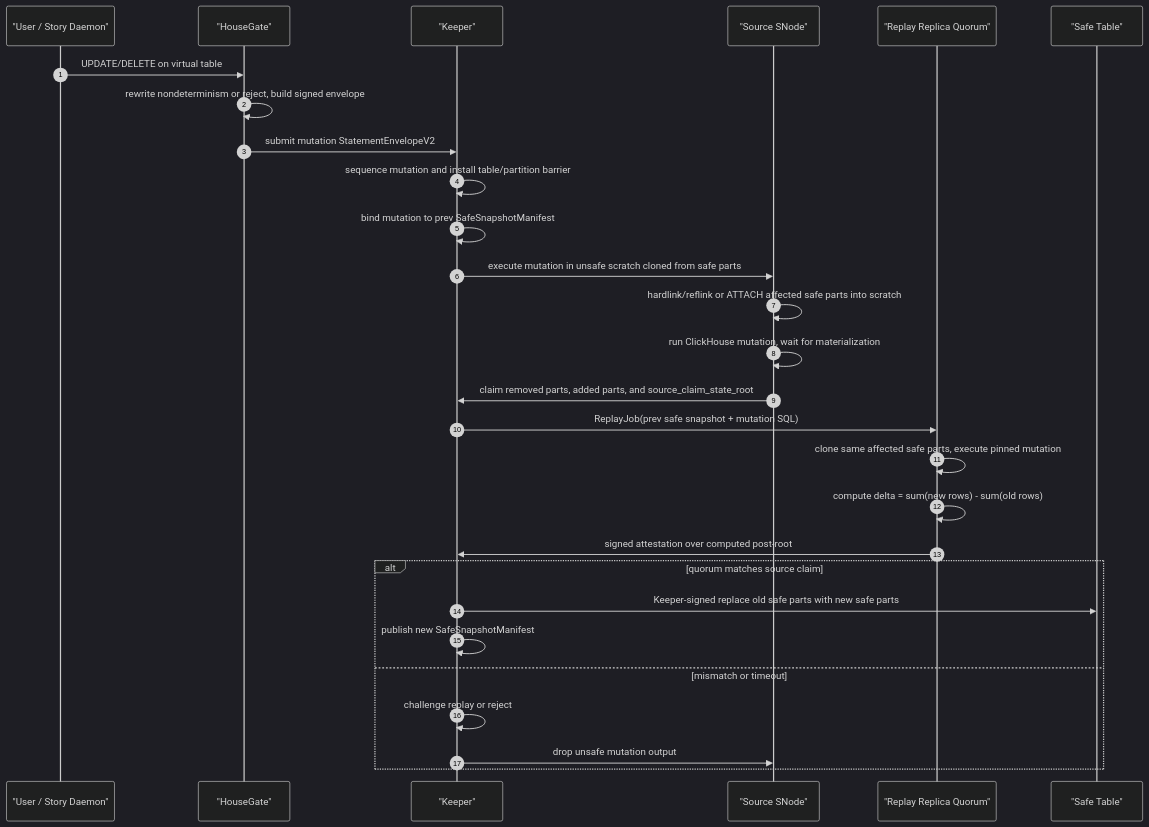
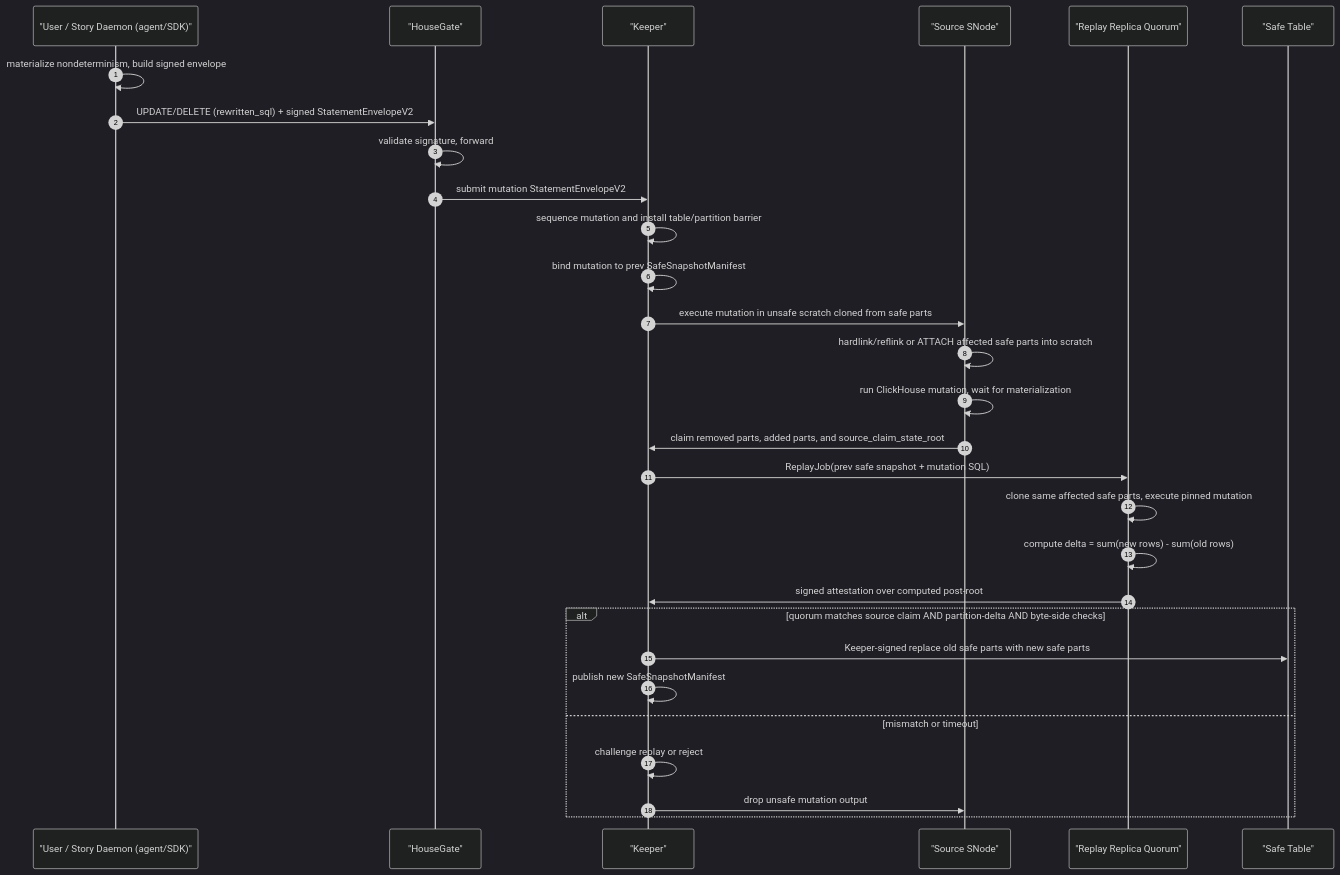
One commit to housegate/housegate changed the second of 3 diagrams in docs/superpowers/specs/2026-06-22-storage-integrity-design.md. Above: the diagram before and after it, drawn with Mermaid (dark theme). The commit also changed other lines of this file and 1 other file, not shown here.

First line of the commit message:
docs(specs): harden storage integrity design — promotion check, promote flow, rewrite split

````diff
--- a/docs/superpowers/specs/2026-06-22-storage-integrity-design.md
+++ b/docs/superpowers/specs/2026-06-22-storage-integrity-design.md
@@ -400,31 +477,32 @@
 ```mermaid
 sequenceDiagram
     autonumber
-    participant U as "User / Story Daemon"
+    participant U as "User / Story Daemon (agent/SDK)"
     participant HG as "HouseGate"
     participant K as "Keeper"
     participant S as "Source SNode"
     participant R as "Replay Replica Quorum"
     participant Safe as "Safe Table"
 
-    U->>HG: UPDATE/DELETE on virtual table
-    HG->>HG: rewrite nondeterminism or reject, build signed envelope
+    U->>U: materialize nondeterminism, build signed envelope
+    U->>HG: UPDATE/DELETE (rewritten_sql) + signed StatementEnvelopeV2
+    HG->>HG: validate signature, forward
     HG->>K: submit mutation StatementEnvelopeV2
     K->>K: sequence mutation and install table/partition barrier
     K->>K: bind mutation to prev SafeSnapshotManifest
     K->>S: execute mutation in unsafe scratch cloned from safe parts
     S->>S: hardlink/reflink or ATTACH affected safe parts into scratch
     S->>S: run ClickHouse mutation, wait for materialization
     S->>K: claim removed parts, added parts, and source_claim_state_root
     K->>R: ReplayJob(prev safe snapshot + mutation SQL)
     R->>R: clone same affected safe parts, execute pinned mutation
     R->>R: compute delta = sum(new rows) - sum(old rows)
     R->>K: signed attestation over computed post-root
-    alt quorum matches source claim
+    alt quorum matches source claim AND partition-delta AND byte-side checks
         K->>Safe: Keeper-signed replace old safe parts with new safe parts
         K->>K: publish new SafeSnapshotManifest
     else mismatch or timeout
         K->>K: challenge replay or reject
         K->>S: drop unsafe mutation output
     end
 ```
````
